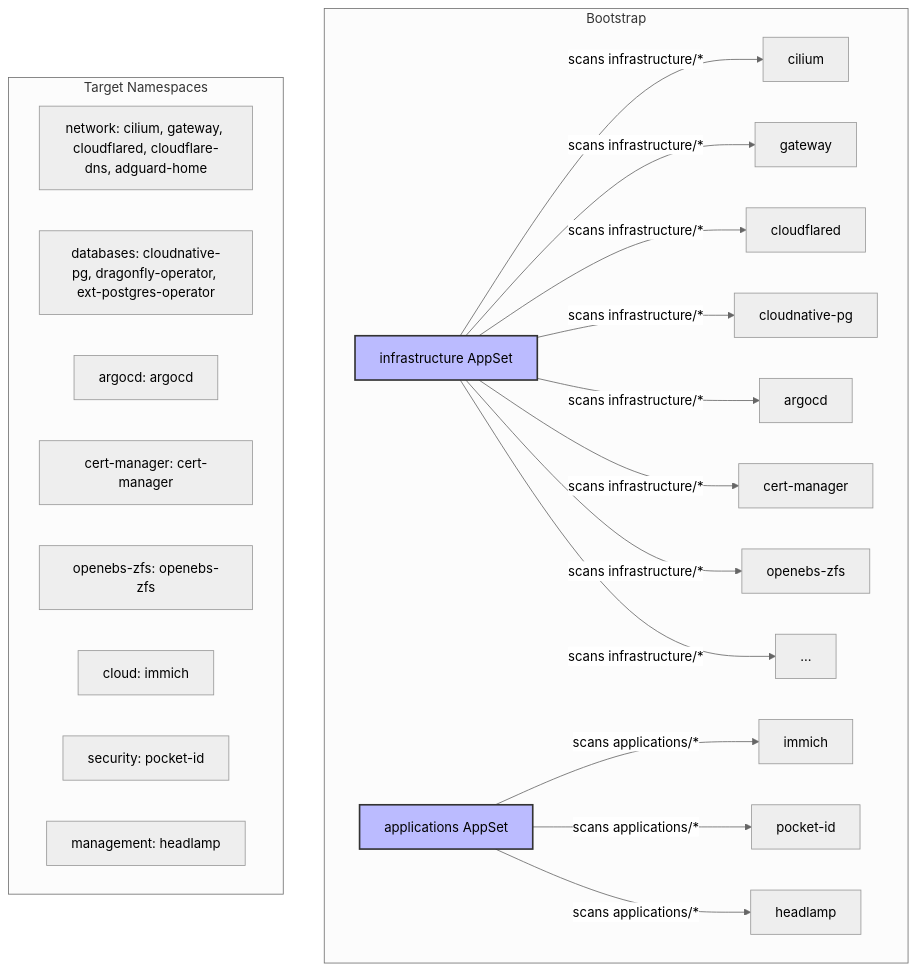
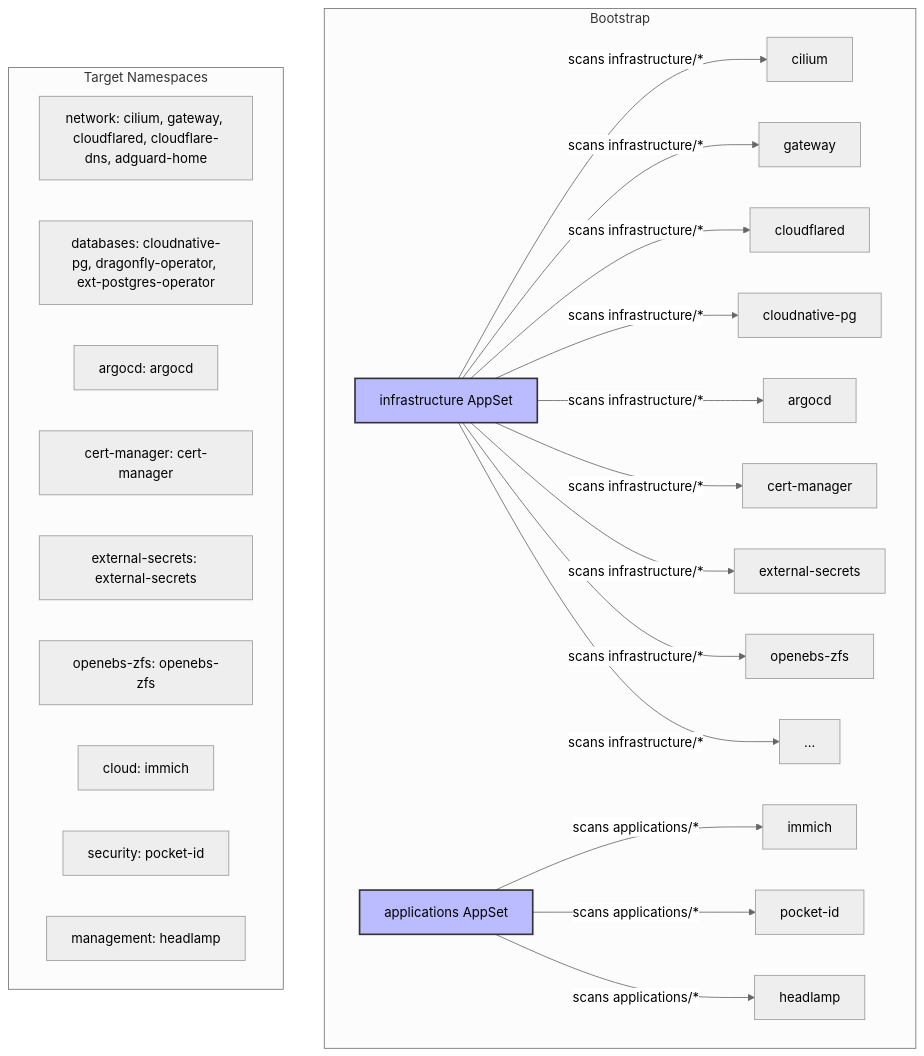
Before and after one commit to meelas24/meelas-cluster: the diagram in README.md, drawn with Mermaid (neutral theme). The commit also changed other lines of this file and 17 other files, not shown here.

Commit message:
fix: update node IP to 192.168.68.86, expand immich media to 5Ti, use ZFS PVC for ML cache, add external-secrets for ext-postgres-operator

````diff
--- a/README.md
+++ b/README.md
@@ -18,30 +18,32 @@
 ```mermaid
 graph TD
     subgraph "Bootstrap"
         IAS[infrastructure AppSet] -->|scans infrastructure/*| C1[cilium]
         IAS -->|scans infrastructure/*| C2[gateway]
         IAS -->|scans infrastructure/*| C3[cloudflared]
         IAS -->|scans infrastructure/*| C4[cloudnative-pg]
         IAS -->|scans infrastructure/*| C5[argocd]
         IAS -->|scans infrastructure/*| C6[cert-manager]
-        IAS -->|scans infrastructure/*| C7[openebs-zfs]
-        IAS -->|scans infrastructure/*| C8[...]
+        IAS -->|scans infrastructure/*| C7[external-secrets]
+        IAS -->|scans infrastructure/*| C8[openebs-zfs]
+        IAS -->|scans infrastructure/*| C9[...]
         AAS[applications AppSet] -->|scans applications/*| A1[immich]
         AAS -->|scans applications/*| A2[pocket-id]
         AAS -->|scans applications/*| A3[headlamp]
     end
 
     subgraph "Target Namespaces"
         N1[network: cilium, gateway, cloudflared, cloudflare-dns, adguard-home]
         N2[databases: cloudnative-pg, dragonfly-operator, ext-postgres-operator]
         N3[argocd: argocd]
         N4[cert-manager: cert-manager]
-        N5[openebs-zfs: openebs-zfs]
-        N6[cloud: immich]
-        N7[security: pocket-id]
-        N8[management: headlamp]
+        N5[external-secrets: external-secrets]
+        N6[openebs-zfs: openebs-zfs]
+        N7[cloud: immich]
+        N8[security: pocket-id]
+        N9[management: headlamp]
     end
 
     style IAS fill:#bbf,stroke:#333,stroke-width:2px
     style AAS fill:#bbf,stroke:#333,stroke-width:2px
 ```
````
